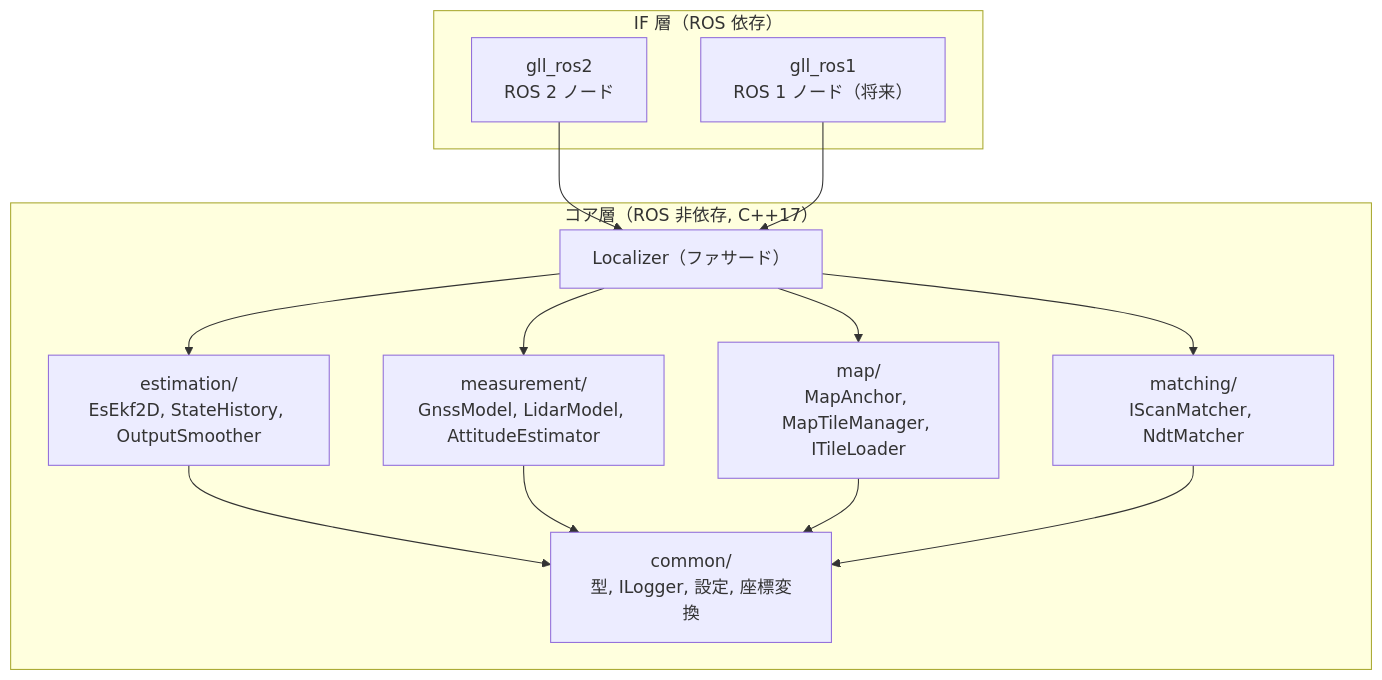
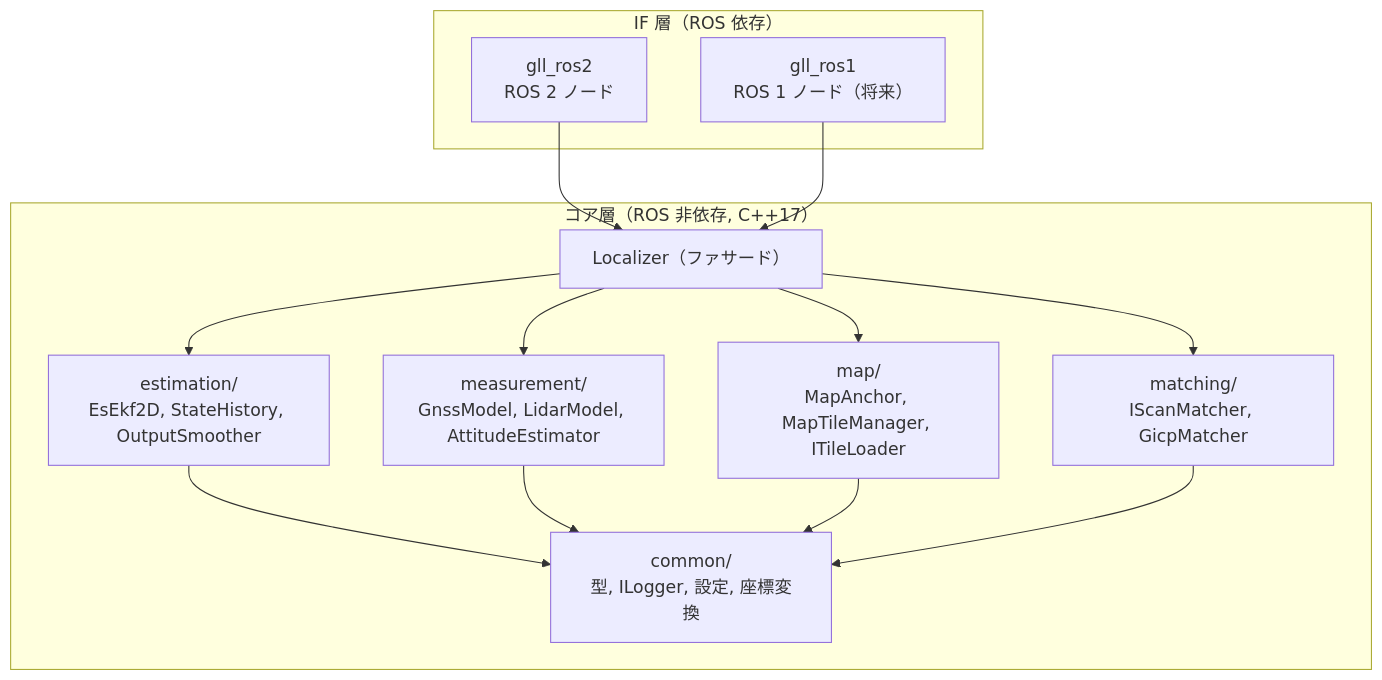
One commit to mamoru1126/gnss_and_lidar_localization changed the third of 3 diagrams in docs/design.md. Above: the diagram before and after it, drawn with Mermaid. The commit also changed other lines of this file, not shown here.

First line of the commit message:
docs: 設計書 v0.2（F9P/6軸IMU/6km/h 前提、small_gicp、IEKF 検討を反映）

````diff
--- a/docs/design.md
+++ b/docs/design.md
@@ -520,19 +596,19 @@
 ```mermaid
 flowchart TB
   subgraph IF["IF 層（ROS 依存）"]
     R2[gll_ros2<br/>ROS 2 ノード]
     R1[gll_ros1<br/>ROS 1 ノード（将来）]
   end
   subgraph CORE["コア層（ROS 非依存, C++17）"]
     API[Localizer（ファサード）]
     EST[estimation/<br/>EsEkf2D, StateHistory, OutputSmoother]
     MEAS[measurement/<br/>GnssModel, LidarModel, AttitudeEstimator]
     MAP[map/<br/>MapAnchor, MapTileManager, ITileLoader]
-    MATCH[matching/<br/>IScanMatcher, NdtMatcher]
+    MATCH[matching/<br/>IScanMatcher, GicpMatcher]
     COMMON[common/<br/>型, ILogger, 設定, 座標変換]
   end
   R2 --> API
   R1 --> API
   API --> EST & MEAS & MAP & MATCH
   EST & MEAS & MAP & MATCH --> COMMON
 ```
````
